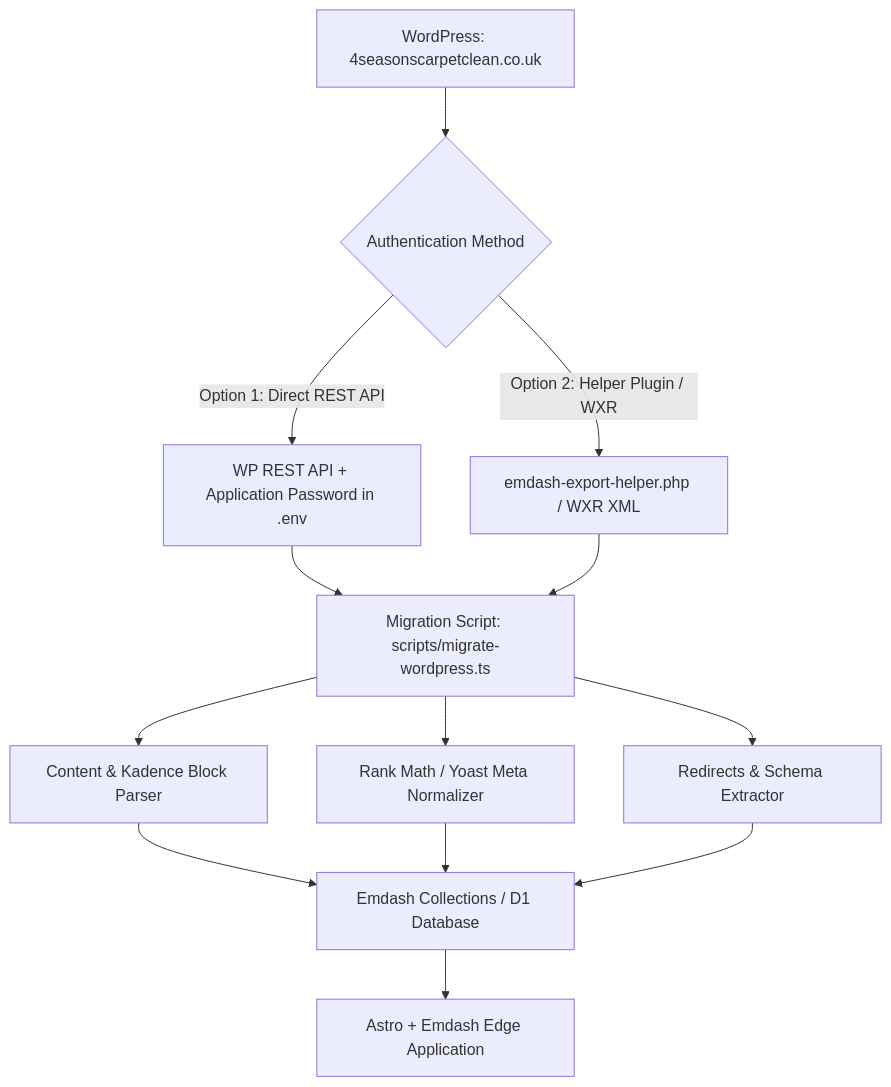
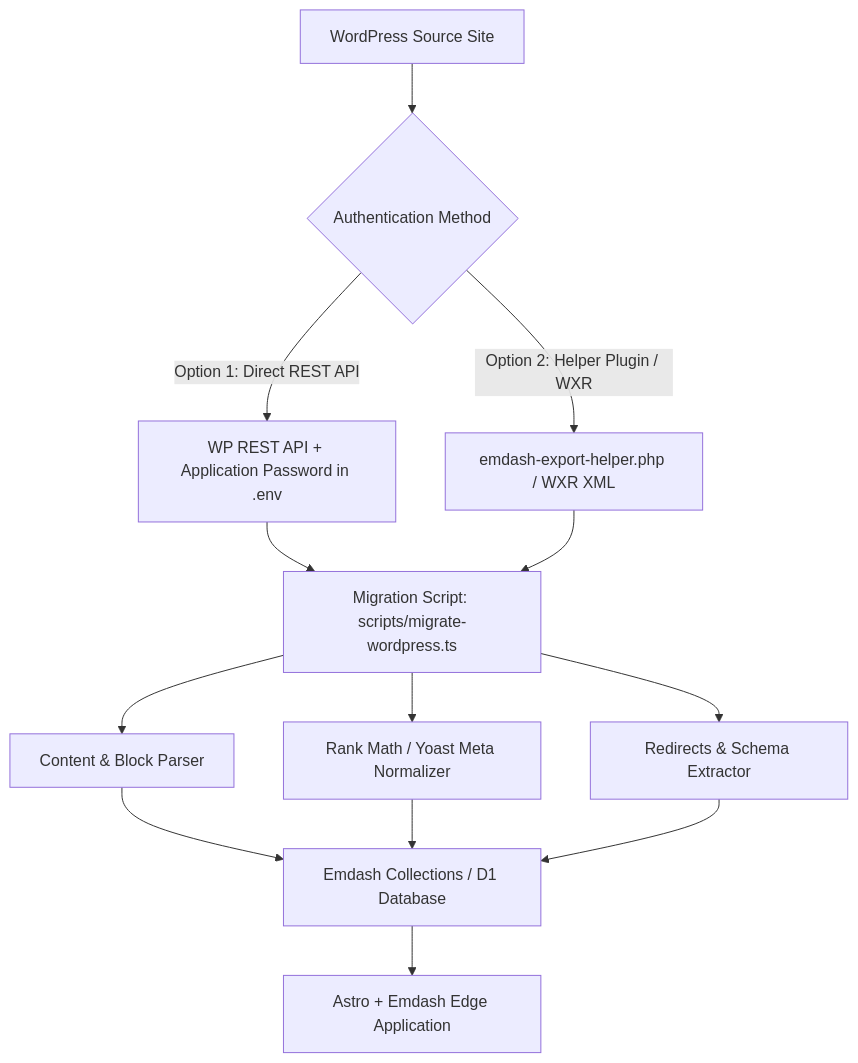
Before and after one commit to alibakhtiari/emdash-seo: the diagram in docs/PRD.md, drawn with Mermaid. The commit also changed other lines of this file and 10 other files, not shown here.

````diff
--- a/docs/PRD.md
+++ b/docs/PRD.md
@@ -146,15 +145,15 @@
 ```mermaid
 graph TD
-    A[WordPress: 4seasonscarpetclean.co.uk] --> B{Authentication Method}
+    A[WordPress Source Site] --> B{Authentication Method}
     B -->|Option 1: Direct REST API| C[WP REST API + Application Password in .env]
     B -->|Option 2: Helper Plugin / WXR| D[emdash-export-helper.php / WXR XML]
     C --> E[Migration Script: scripts/migrate-wordpress.ts]
     D --> E
-    E --> F[Content & Kadence Block Parser]
+    E --> F[Content & Block Parser]
     E --> G[Rank Math / Yoast Meta Normalizer]
     E --> H[Redirects & Schema Extractor]
     F --> I[Emdash Collections / D1 Database]
     G --> I
     H --> I
     I --> J[Astro + Emdash Edge Application]
 ```
````
